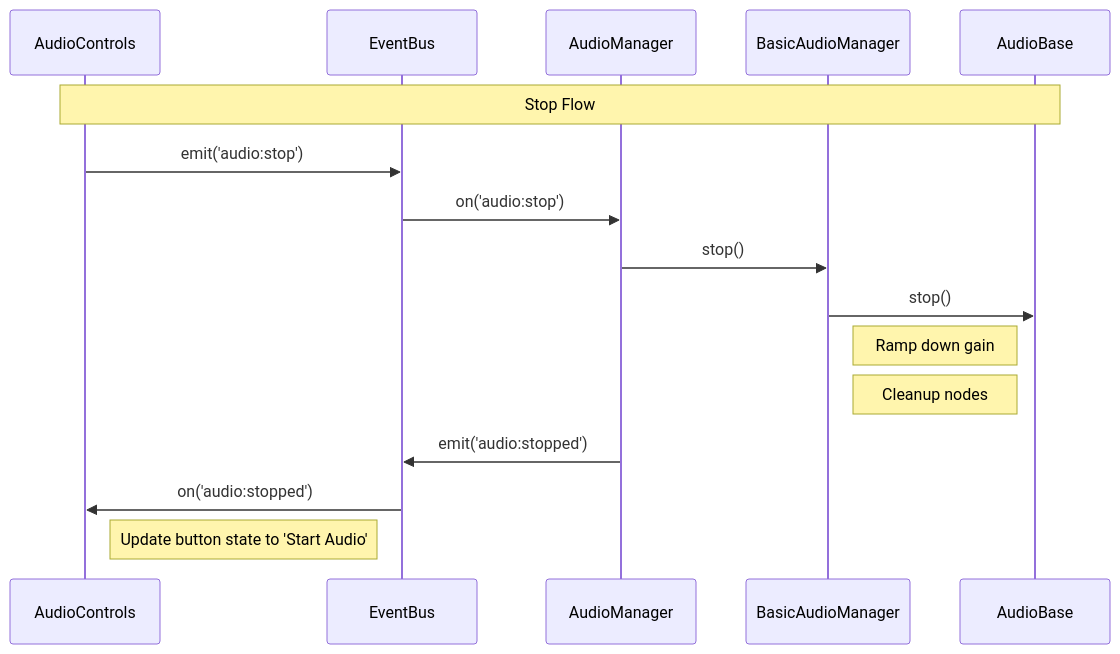
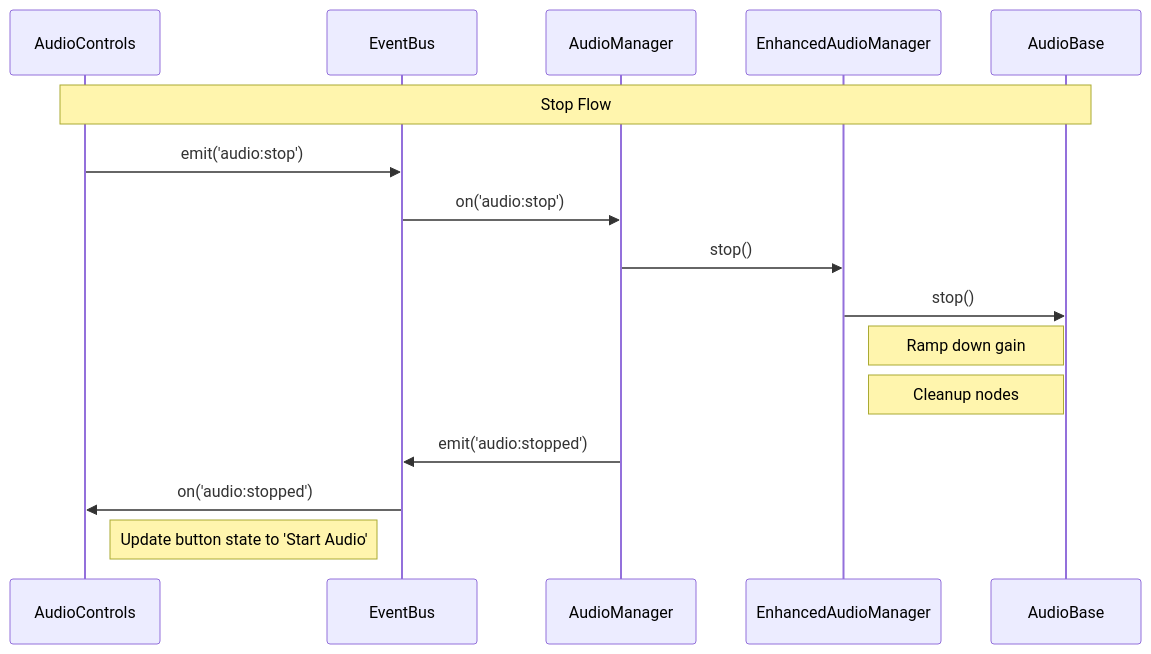
Before and after one commit to mgantlett/audio-viz: the second of 4 diagrams in diagrams/audio-flow.md, drawn with Mermaid. The commit also changed other lines of this file and 9 other files, not shown here.

````diff
--- a/diagrams/audio-flow.md
+++ b/diagrams/audio-flow.md
@@ -53,19 +62,19 @@
 ```mermaid
 sequenceDiagram
     participant UI as AudioControls
     participant EB as EventBus
     participant AM as AudioManager
-    participant BM as BasicAudioManager
+    participant EM as EnhancedAudioManager
     participant AB as AudioBase
 
     Note over UI,AB: Stop Flow
     UI->>EB: emit('audio:stop')
     EB->>AM: on('audio:stop')
-    AM->>BM: stop()
-    BM->>AB: stop()
-    Note right of BM: Ramp down gain
-    Note right of BM: Cleanup nodes
+    AM->>EM: stop()
+    EM->>AB: stop()
+    Note right of EM: Ramp down gain
+    Note right of EM: Cleanup nodes
     AM->>EB: emit('audio:stopped')
     EB->>UI: on('audio:stopped')
     Note right of UI: Update button state to 'Start Audio'
 ```
````
